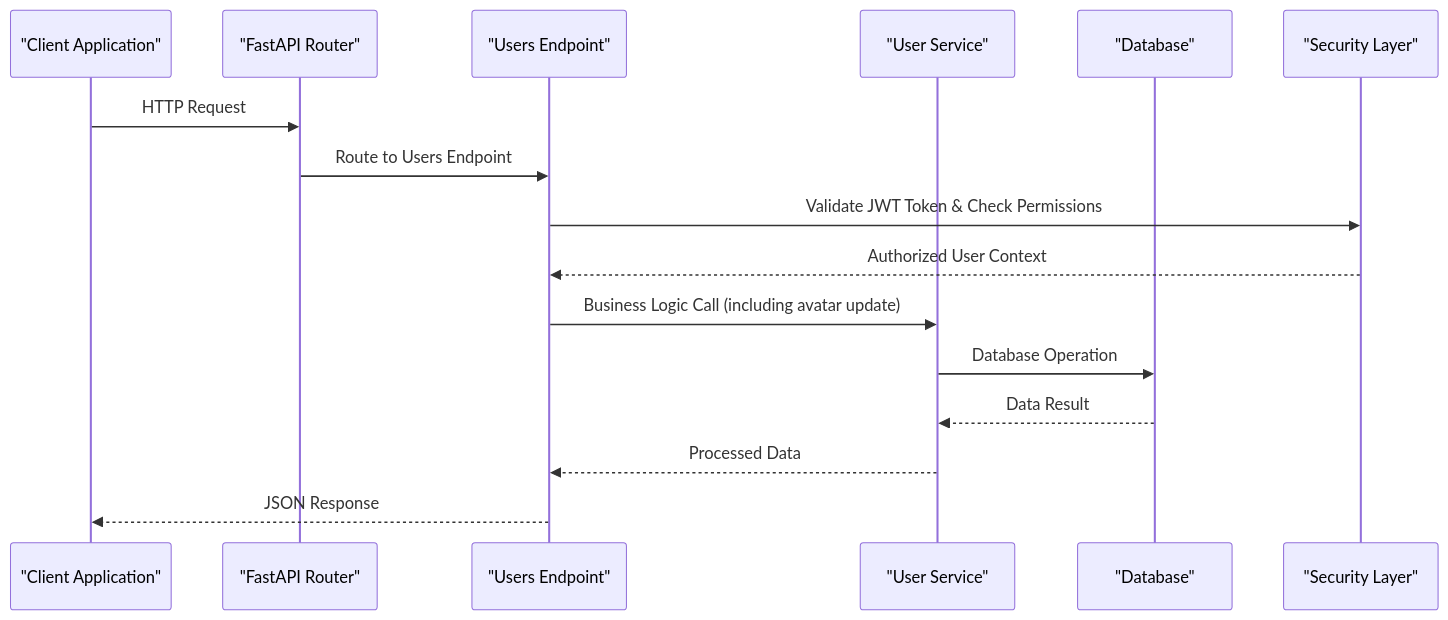
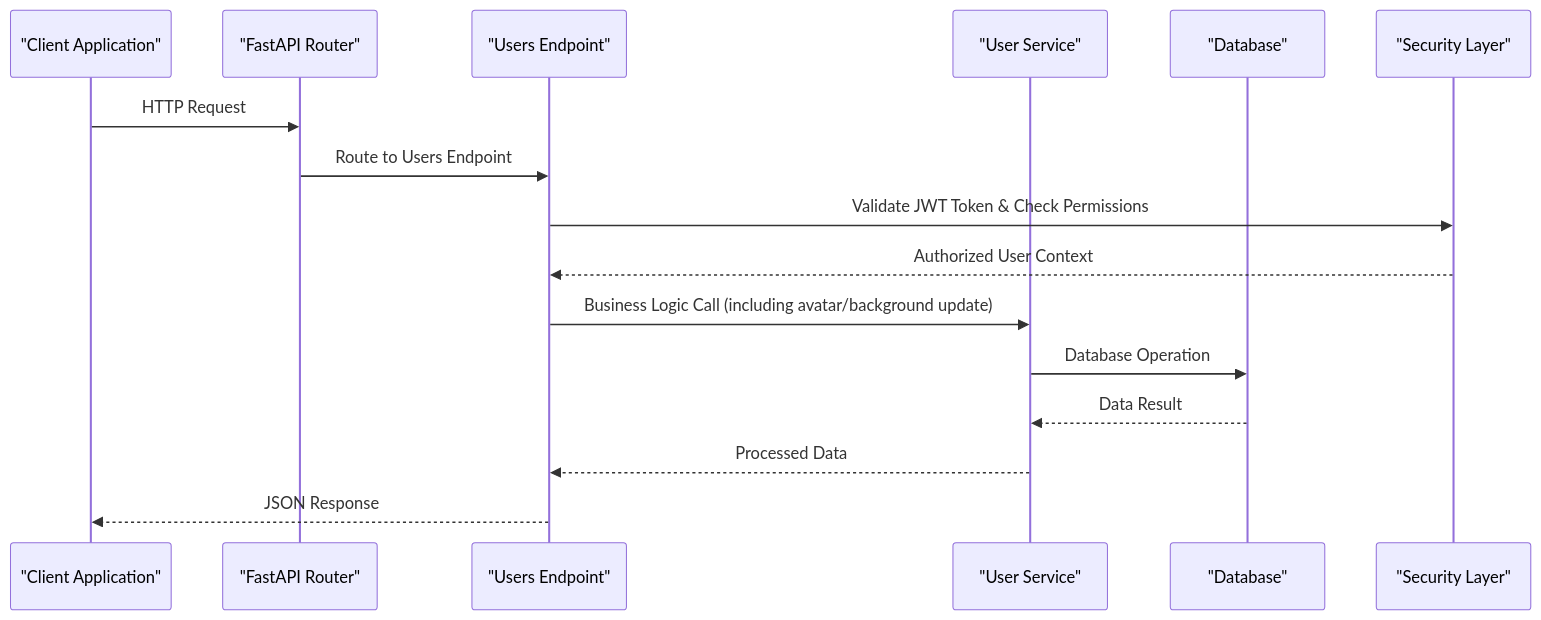
Before and after one commit to Nikita5543/New-SSO-02: the second of 5 diagrams in .qoder/repowiki/en/content/Core API Reference/User Management Endpoints.md, drawn with Mermaid. The commit also changed other lines of this file and 7 other files, not shown here.

````diff
--- a/.qoder/repowiki/en/content/Core API Reference/User Management Endpoints.md
+++ b/.qoder/repowiki/en/content/Core API Reference/User Management Endpoints.md
@@ -116,18 +125,18 @@
 ```mermaid
 sequenceDiagram
 participant Client as "Client Application"
 participant API as "FastAPI Router"
 participant Endpoint as "Users Endpoint"
 participant Service as "User Service"
 participant DB as "Database"
 participant Security as "Security Layer"
 Client->>API : HTTP Request
 API->>Endpoint : Route to Users Endpoint
 Endpoint->>Security : Validate JWT Token & Check Permissions
 Security-->>Endpoint : Authorized User Context
-Endpoint->>Service : Business Logic Call (including avatar update)
+Endpoint->>Service : Business Logic Call (including avatar/background update)
 Service->>DB : Database Operation
 DB-->>Service : Data Result
 Service-->>Endpoint : Processed Data
 Endpoint-->>Client : JSON Response
 ```
````
